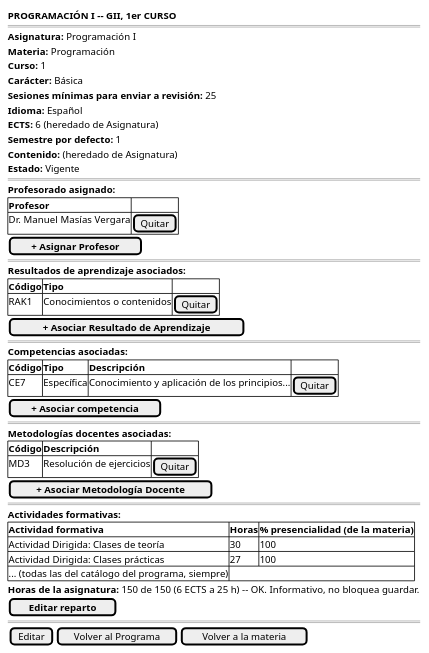
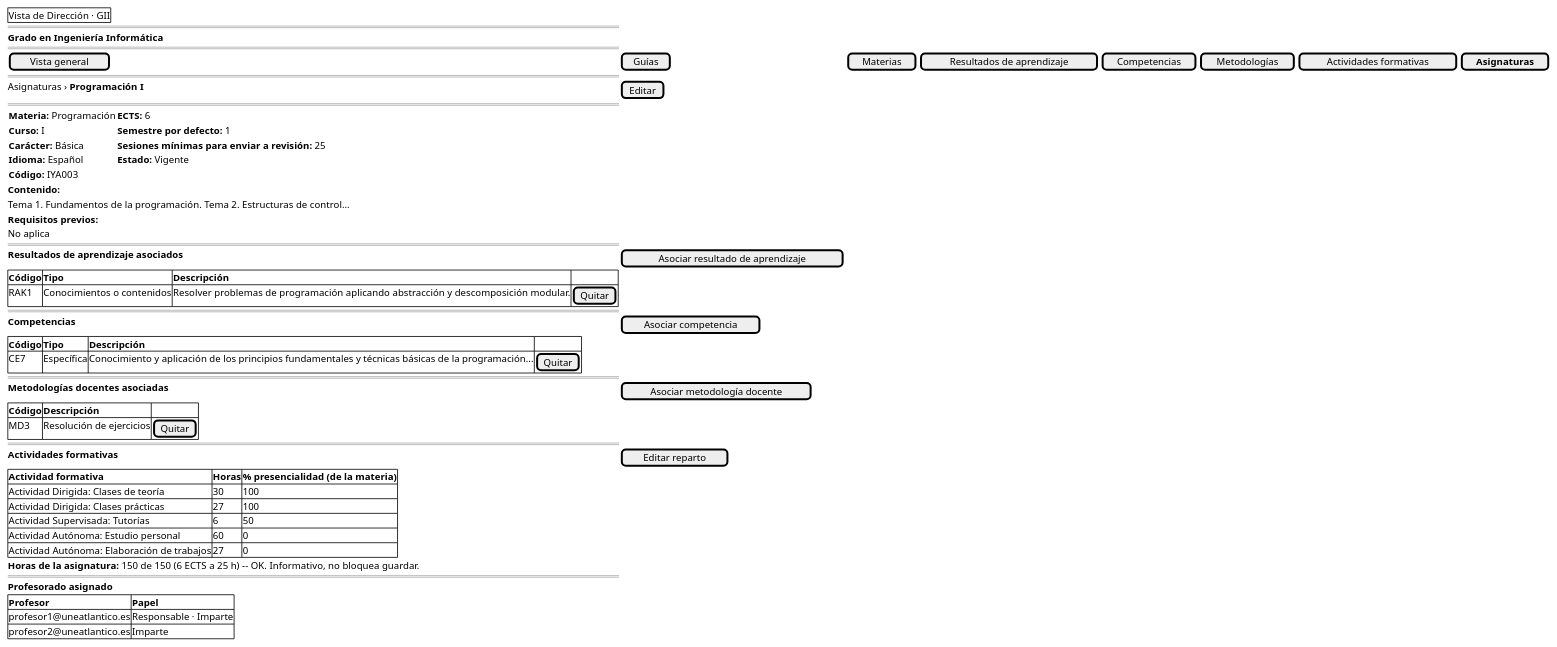
Before and after one commit to mmasias/pyCeldaPublico: the diagram in RUP/01-requisitos/03-detalle-casos-uso/abrirAsignaturaPrograma/wireframes.puml, drawn with PlantUML. The commit also changed 353 other files, not shown here.

Commit message:
docs: sincroniza el subconjunto público con pyCelda ddac6655 (auditoría de wireframes: la guía, lo que ve el profesor y los catálogos del director, alineados con la pantalla construida)

```diff
--- a/RUP/01-requisitos/03-detalle-casos-uso/abrirAsignaturaPrograma/wireframes.puml
+++ b/RUP/01-requisitos/03-detalle-casos-uso/abrirAsignaturaPrograma/wireframes.puml
@@ -1,56 +1,59 @@
 @startsalt abrirAsignaturaPrograma-wireframe
 {
-    <b>PROGRAMACIÓN I -- GII, 1er CURSO</b>
+    {+ Vista de Dirección · GII }
     ====
-    <b>Asignatura:</b> Programación I
-    <b>Materia:</b> Programación
-    <b>Curso:</b> 1
-    <b>Carácter:</b> Básica
-    <b>Sesiones mínimas para enviar a revisión:</b> 25
-    <b>Idioma:</b> Español
-    <b>ECTS:</b> 6 (heredado de Asignatura)
-    <b>Semestre por defecto:</b> 1
-    <b>Contenido:</b> (heredado de Asignatura)
-    <b>Estado:</b> Vigente
+    <b>Grado en Ingeniería Informática</b>
     ====
-    <b>Profesorado asignado:</b>
-    {#
-        <b>Profesor | .
-        Dr. Manuel Masías Vergara | [Quitar]
+    [ Vista general ] | [ Guías ] | [ Materias ] | [ Resultados de aprendizaje ] | [ Competencias ] | [ Metodologías ] | [ Actividades formativas ] | [ <b>Asignaturas</b> ]
+    ====
+    Asignaturas › <b>Programación I</b> | [Editar]
+    ====
+    {
+        <b>Materia:</b> Programación | <b>ECTS:</b> 6
+        <b>Curso:</b> I | <b>Semestre por defecto:</b> 1
+        <b>Carácter:</b> Básica | <b>Sesiones mínimas para enviar a revisión:</b> 25
+        <b>Idioma:</b> Español | <b>Estado:</b> Vigente
+        <b>Código:</b> IYA003 | .
     }
-    [ <b>+ Asignar Profesor</b> ]
+    <b>Contenido:</b>
+    Tema 1. Fundamentos de la programación. Tema 2. Estructuras de control...
+    <b>Requisitos previos:</b>
+    No aplica
     ====
-    <b>Resultados de aprendizaje asociados:</b>
-    {#
-        <b>Código | <b>Tipo | .
-        RAK1 | Conocimientos o contenidos | [Quitar]
-    }
-    [ <b>+ Asociar Resultado de Aprendizaje</b> ]
-    ====
-    <b>Competencias asociadas:</b>
+    <b>Resultados de aprendizaje asociados</b> | [ Asociar resultado de aprendizaje ]
     {#
         <b>Código | <b>Tipo | <b>Descripción | .
-        CE7 | Específica | Conocimiento y aplicación de los principios... | [Quitar]
+        RAK1 | Conocimientos o contenidos | Resolver problemas de programación aplicando abstracción y descomposición modular. | [Quitar]
     }
-    [ <b>+ Asociar competencia</b> ]
     ====
-    <b>Metodologías docentes asociadas:</b>
+    <b>Competencias</b> | [ Asociar competencia ]
+    {#
+        <b>Código | <b>Tipo | <b>Descripción | .
+        CE7 | Específica | Conocimiento y aplicación de los principios fundamentales y técnicas básicas de la programación... | [Quitar]
+    }
+    ====
+    <b>Metodologías docentes asociadas</b> | [ Asociar metodología docente ]
     {#
         <b>Código | <b>Descripción | .
         MD3 | Resolución de ejercicios | [Quitar]
     }
-    [ <b>+ Asociar Metodología Docente</b> ]
     ====
-    <b>Actividades formativas:</b>
+    <b>Actividades formativas</b> | [ Editar reparto ]
     {#
         <b>Actividad formativa | <b>Horas | <b>% presencialidad (de la materia)
         Actividad Dirigida: Clases de teoría | 30 | 100
         Actividad Dirigida: Clases prácticas | 27 | 100
-        ... (todas las del catálogo del programa, siempre) | |
+        Actividad Supervisada: Tutorías | 6 | 50
+        Actividad Autónoma: Estudio personal | 60 | 0
+        Actividad Autónoma: Elaboración de trabajos | 27 | 0
     }
     <b>Horas de la asignatura:</b> 150 de 150 (6 ECTS a 25 h) -- OK. Informativo, no bloquea guardar.
-    [ <b>Editar reparto</b> ]
     ====
-    {[Editar] | [Volver al Programa] | [Volver a la materia]}
+    <b>Profesorado asignado</b>
+    {#
+        <b>Profesor | <b>Papel
+        profesor1@uneatlantico.es | Responsable · Imparte
+        profesor2@uneatlantico.es | Imparte
+    }
 }
 @endsalt
```
